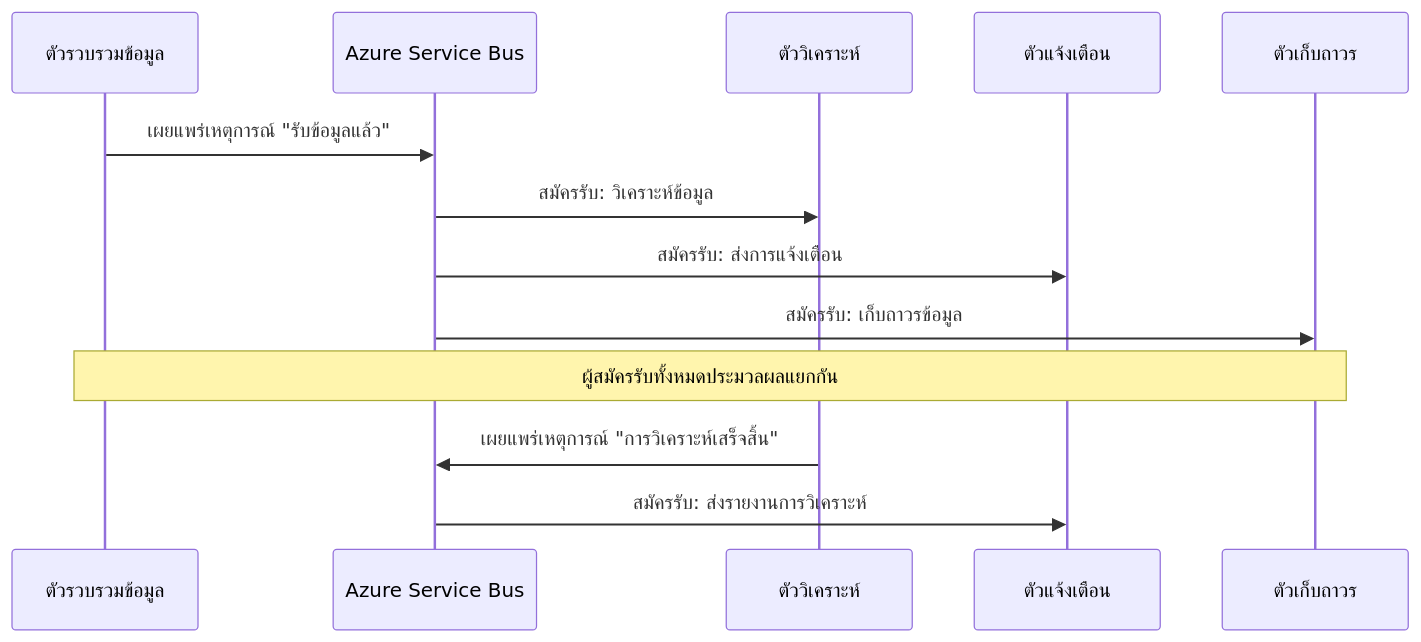
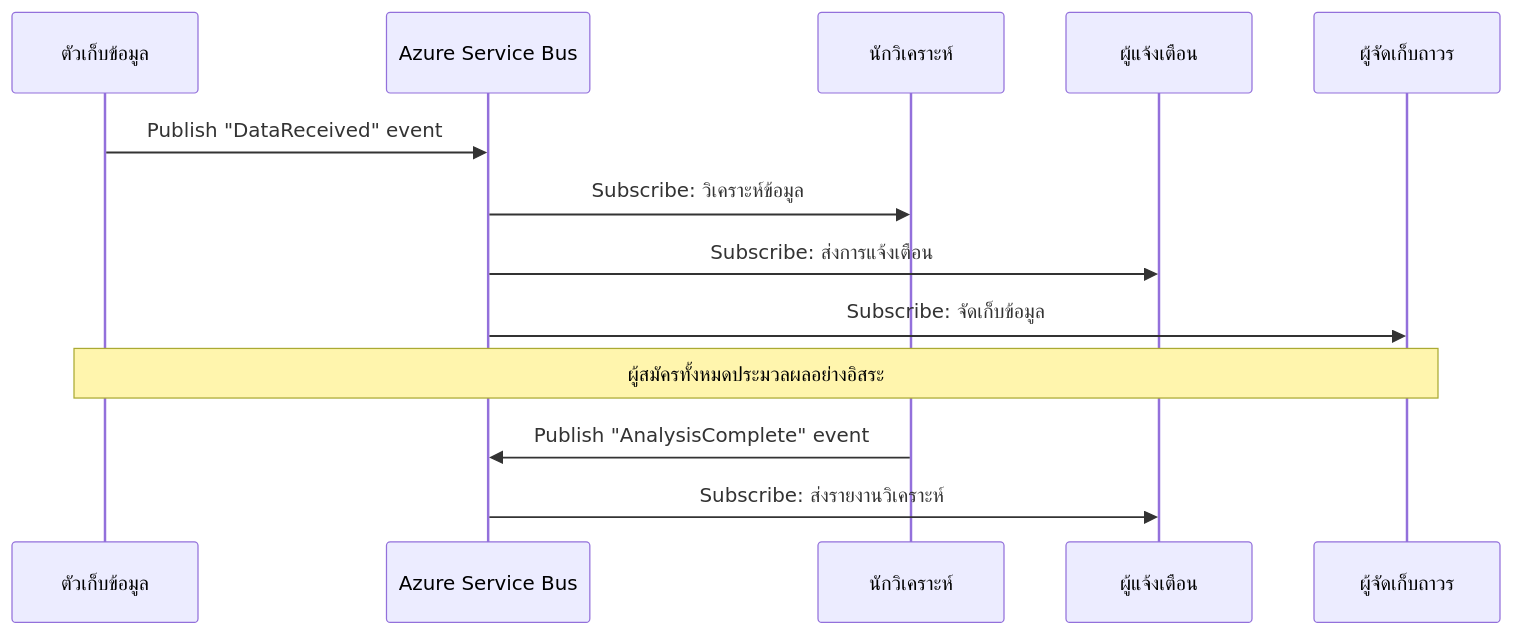
Before and after one commit to microsoft/AZD-for-beginners: the fourth of 6 diagrams in translations/th/docs/chapter-06-pre-deployment/coordination-patterns.md, drawn with Mermaid. The commit also changed other lines of this file and 101 other files, not shown here.

````diff
--- a/translations/th/docs/chapter-06-pre-deployment/coordination-patterns.md
+++ b/translations/th/docs/chapter-06-pre-deployment/coordination-patterns.md
@@ -192,18 +185,18 @@
 ```mermaid
 sequenceDiagram
-    participant Agent1 as ตัวรวบรวมข้อมูล
+    participant Agent1 as ตัวเก็บข้อมูล
     participant EventBus as Azure Service Bus
-    participant Agent2 as ตัววิเคราะห์
-    participant Agent3 as ตัวแจ้งเตือน
-    participant Agent4 as ตัวเก็บถาวร
+    participant Agent2 as นักวิเคราะห์
+    participant Agent3 as ผู้แจ้งเตือน
+    participant Agent4 as ผู้จัดเก็บถาวร
     
-    Agent1->>EventBus: เผยแพร่เหตุการณ์ "รับข้อมูลแล้ว"
-    EventBus->>Agent2: สมัครรับ: วิเคราะห์ข้อมูล
-    EventBus->>Agent3: สมัครรับ: ส่งการแจ้งเตือน
-    EventBus->>Agent4: สมัครรับ: เก็บถาวรข้อมูล
+    Agent1->>EventBus: Publish "DataReceived" event
+    EventBus->>Agent2: Subscribe: วิเคราะห์ข้อมูล
+    EventBus->>Agent3: Subscribe: ส่งการแจ้งเตือน
+    EventBus->>Agent4: Subscribe: จัดเก็บข้อมูล
     
-    Note over Agent1,Agent4: ผู้สมัครรับทั้งหมดประมวลผลแยกกัน
+    Note over Agent1,Agent4: ผู้สมัครทั้งหมดประมวลผลอย่างอิสระ
     
-    Agent2->>EventBus: เผยแพร่เหตุการณ์ "การวิเคราะห์เสร็จสิ้น"
-    EventBus->>Agent3: สมัครรับ: ส่งรายงานการวิเคราะห์
+    Agent2->>EventBus: Publish "AnalysisComplete" event
+    EventBus->>Agent3: Subscribe: ส่งรายงานวิเคราะห์
 ```
````
